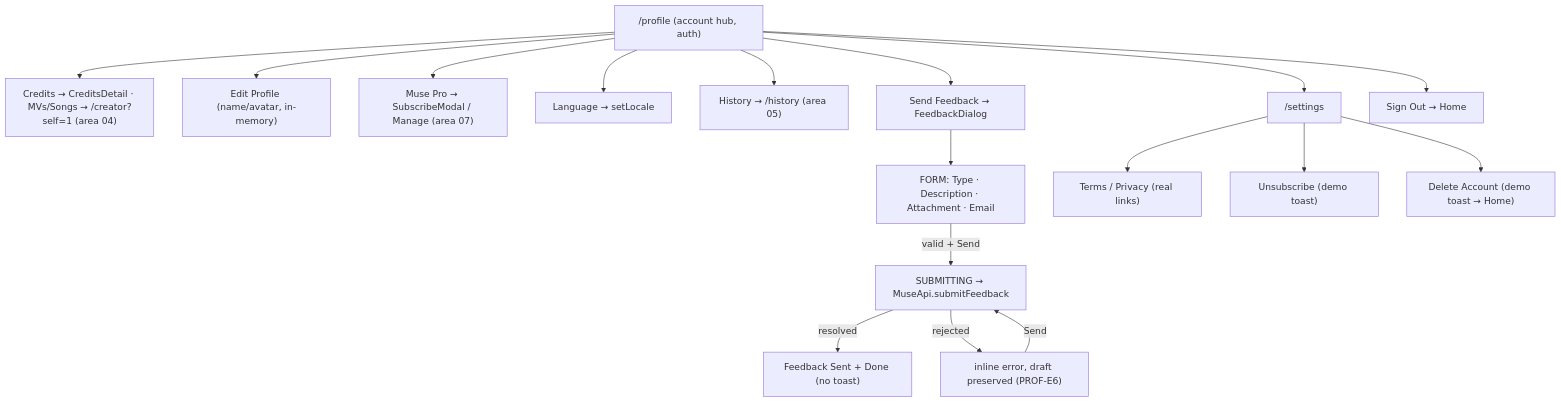
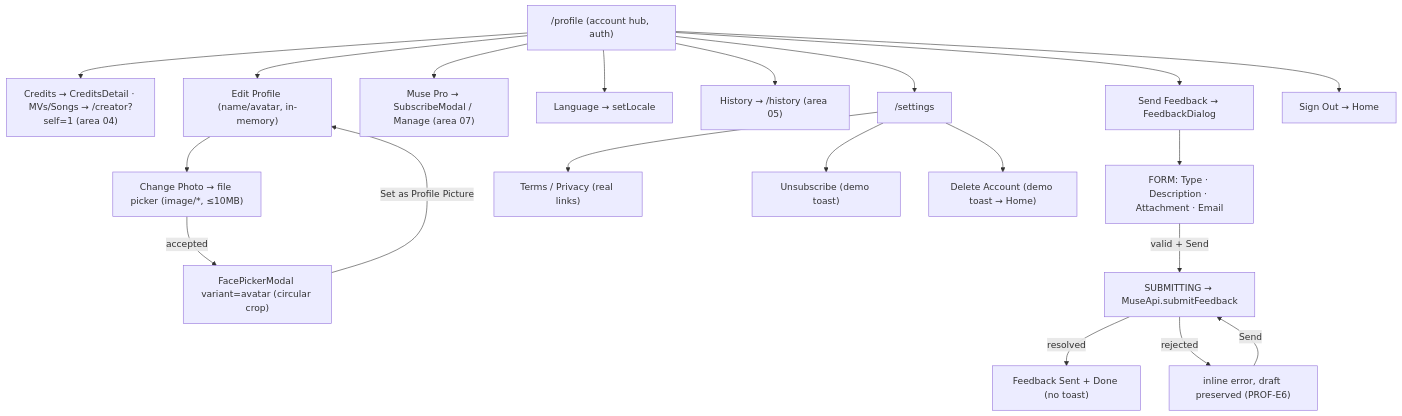
The diagram in web-app/specs/areas/06-profile-account.md (pft-JasonChen/musemv-ai), drawn with Mermaid before and after one commit. The commit also changed other lines of this file and 73 other files, not shown here.

````diff
--- a/web-app/specs/areas/06-profile-account.md
+++ b/web-app/specs/areas/06-profile-account.md
@@ -325,19 +379,22 @@
 ```mermaid
 flowchart TD
   Profile["/profile (account hub, auth)"] --> Tiles["Credits → CreditsDetail · MVs/Songs → /creator?self=1 (area 04)"]
   Profile --> Edit["Edit Profile (name/avatar, in-memory)"]
+  Edit --> AvatarPick["Change Photo → file picker (image/*, ≤10MB)"]
+  AvatarPick -->|"accepted"| AvatarCrop["FacePickerModal variant=avatar (circular crop)"]
+  AvatarCrop -->|"Set as Profile Picture"| Edit
   Profile --> Pro["Muse Pro → SubscribeModal / Manage (area 07)"]
   Profile --> Lang["Language → setLocale"]
   Profile --> Hist["History → /history (area 05)"]
   Profile --> FB["Send Feedback → FeedbackDialog"]
   FB --> FBForm["FORM: Type · Description · Attachment · Email"]
   FBForm -->|"valid + Send"| FBSend["SUBMITTING → MuseApi.submitFeedback"]
   FBSend -->|resolved| FBOk["Feedback Sent + Done (no toast)"]
   FBSend -->|rejected| FBErr["inline error, draft preserved (PROF-E6)"]
   FBErr -->|Send| FBSend
   Profile --> Settings["/settings"]
   Profile --> Out["Sign Out → Home"]
   Settings --> Legal["Terms / Privacy (real links)"]
   Settings --> Unsub["Unsubscribe (demo toast)"]
   Settings --> Del["Delete Account (demo toast → Home)"]
 ```
````
